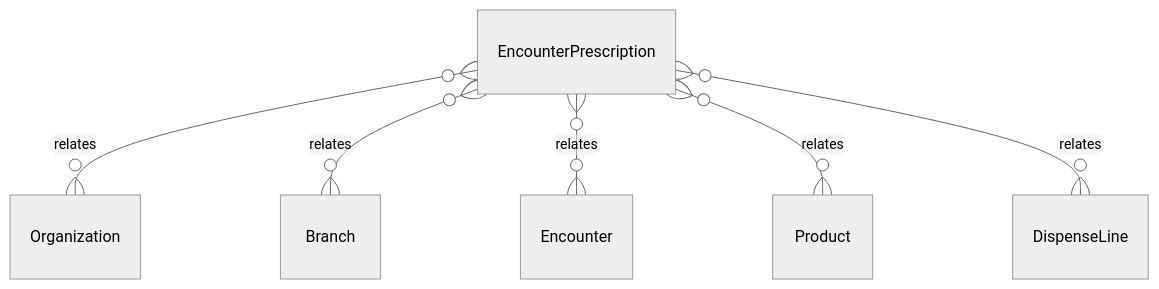
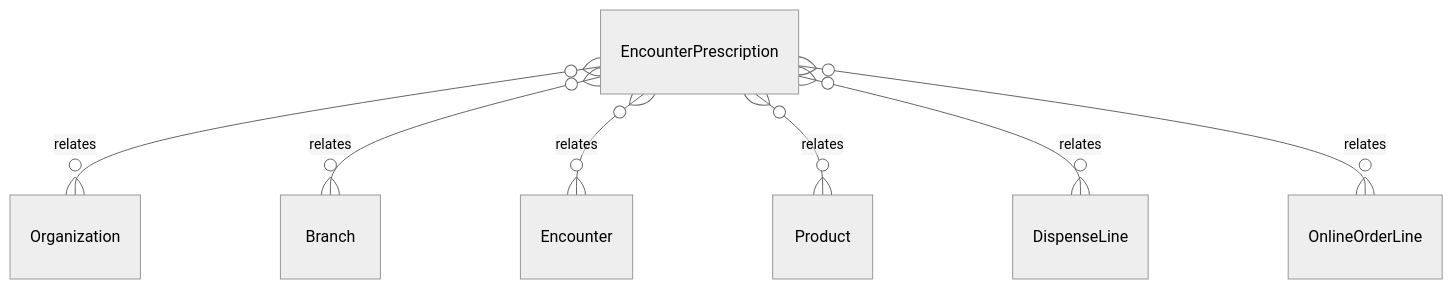
Before and after one commit to tejasnirala/rcln: the diagram in .kb/Database/EncounterPrescription.md, drawn with Mermaid (neutral theme). The commit also changed other lines of this file and 157 other files, not shown here.

````diff
--- a/.kb/Database/EncounterPrescription.md
+++ b/.kb/Database/EncounterPrescription.md
@@ -65,8 +66,9 @@
 ```mermaid
 erDiagram
     EncounterPrescription }o--o{ Organization : relates
     EncounterPrescription }o--o{ Branch : relates
     EncounterPrescription }o--o{ Encounter : relates
     EncounterPrescription }o--o{ Product : relates
     EncounterPrescription }o--o{ DispenseLine : relates
+    EncounterPrescription }o--o{ OnlineOrderLine : relates
 ```
````
